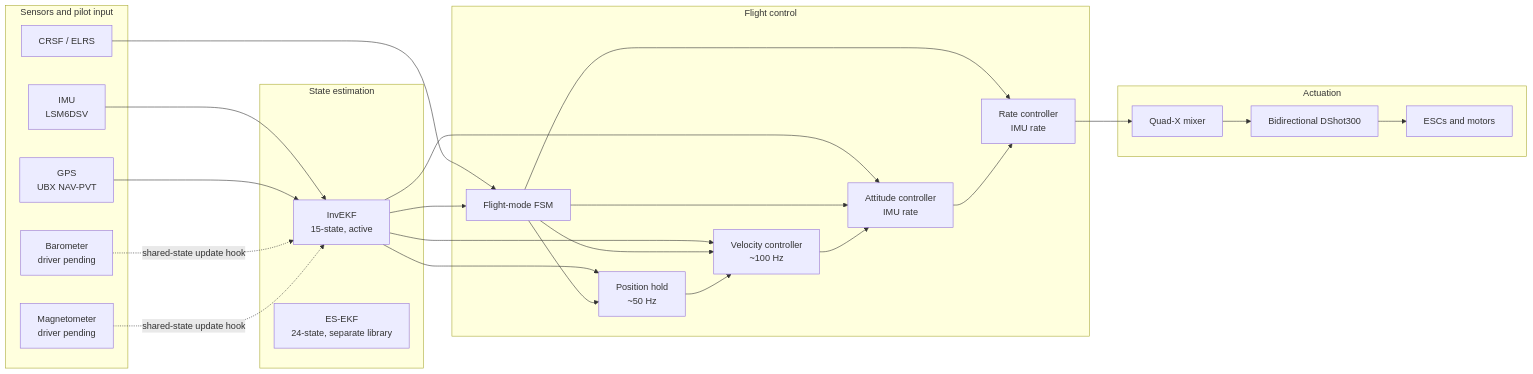
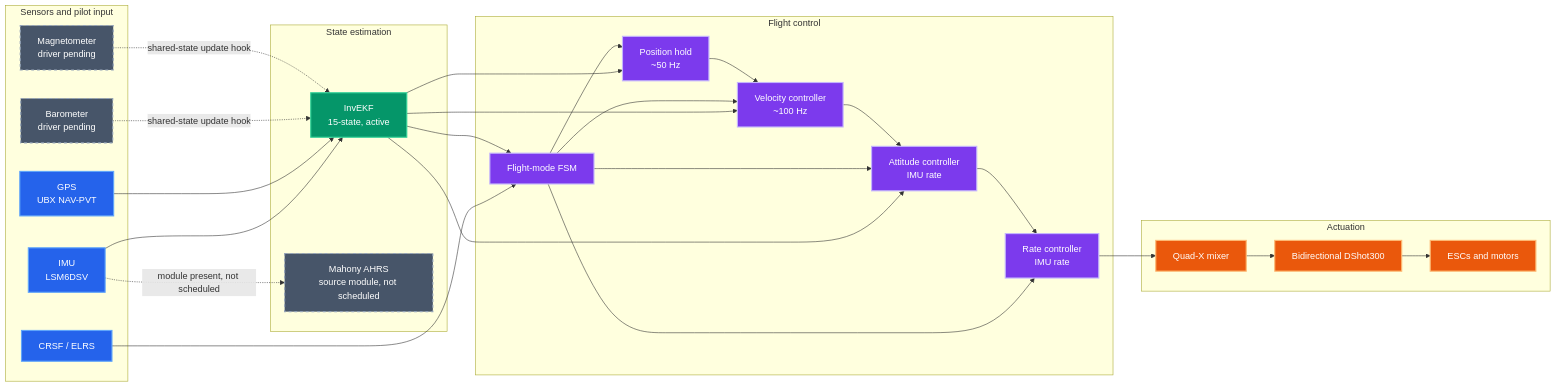
Before and after one commit to nafs09/dual-control-drone-flight-controller: the first of 3 diagrams in README.md, drawn with Mermaid. The commit also changed other lines of this file and 4 other files, not shown here.

````diff
--- a/README.md
+++ b/README.md
@@ -15,49 +15,61 @@
 ```mermaid
 flowchart LR
   subgraph S["Sensors and pilot input"]
     IMU["IMU<br/>LSM6DSV"]
     GPS["GPS<br/>UBX NAV-PVT"]
     BARO["Barometer<br/>driver pending"]
     MAG["Magnetometer<br/>driver pending"]
     RC["CRSF / ELRS"]
   end
 
   subgraph E["State estimation"]
     INV["InvEKF<br/>15-state, active"]
-    ES["ES-EKF<br/>24-state, separate library"]
+    MAHONY["Mahony AHRS<br/>source module, not scheduled"]
   end
 
   subgraph C["Flight control"]
     FSM["Flight-mode FSM"]
     POS["Position hold<br/>~50 Hz"]
     VEL["Velocity controller<br/>~100 Hz"]
     ATT["Attitude controller<br/>IMU rate"]
     RATE["Rate controller<br/>IMU rate"]
   end
 
   subgraph A["Actuation"]
     MIX["Quad-X mixer"]
     DSHOT["Bidirectional DShot300"]
     MOTORS["ESCs and motors"]
   end
 
   IMU --> INV
+  IMU -. "module present, not scheduled" .-> MAHONY
   GPS --> INV
   BARO -. "shared-state update hook" .-> INV
   MAG -. "shared-state update hook" .-> INV
   RC --> FSM
   INV --> FSM
   INV --> POS
   INV --> VEL
   INV --> ATT
   FSM --> POS
   FSM --> VEL
   FSM --> ATT
   FSM --> RATE
   POS --> VEL
   VEL --> ATT
   ATT --> RATE
   RATE --> MIX
   MIX --> DSHOT
   DSHOT --> MOTORS
+
+  classDef sensors fill:#2563eb,color:#fff,stroke:#60a5fa,stroke-width:2px
+  classDef estimate fill:#059669,color:#fff,stroke:#34d399,stroke-width:2px
+  classDef inactive fill:#475569,color:#fff,stroke:#94a3b8,stroke-width:2px,stroke-dasharray:5 5
+  classDef control fill:#7c3aed,color:#fff,stroke:#c4b5fd,stroke-width:2px
+  classDef output fill:#ea580c,color:#fff,stroke:#fdba74,stroke-width:2px
+  class IMU,GPS,RC sensors
+  class BARO,MAG,MAHONY inactive
+  class INV estimate
+  class FSM,POS,VEL,ATT,RATE control
+  class MIX,DSHOT,MOTORS output
 ```
````
